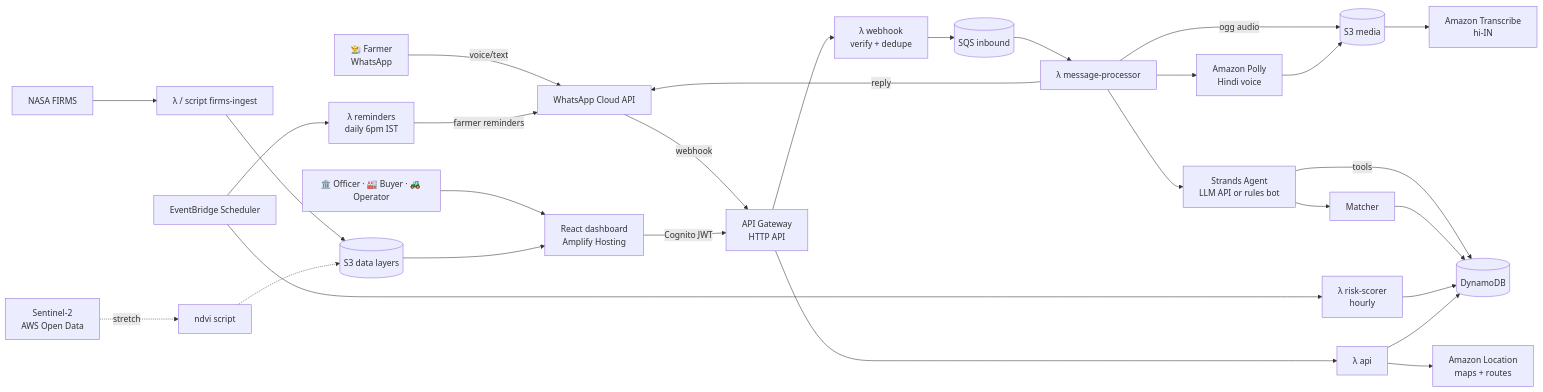
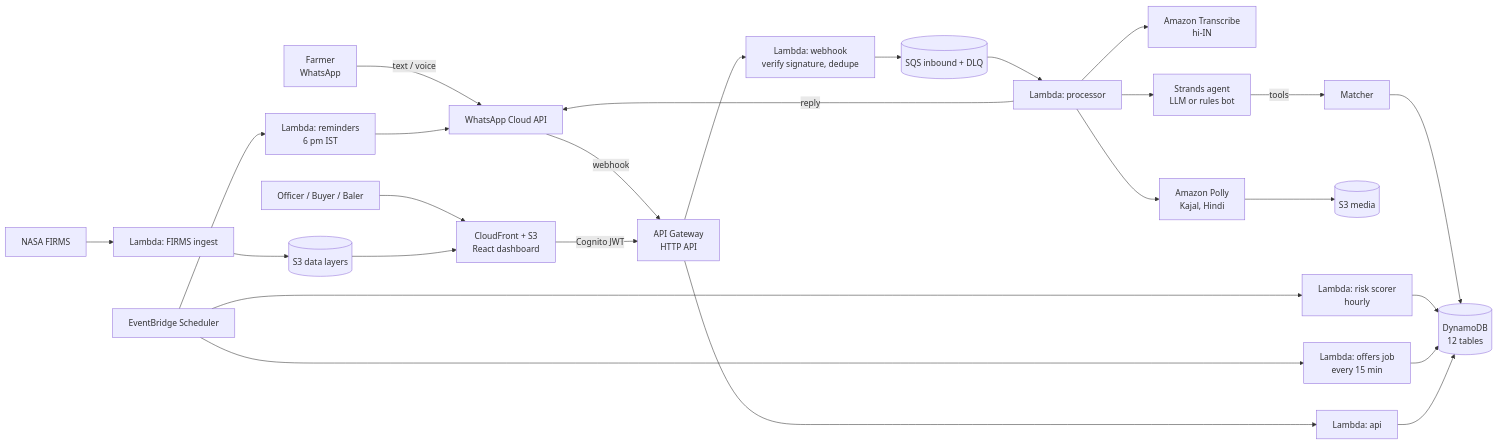
The diagram in README.md (sanskarjoshiii/clearsky), drawn with Mermaid before and after one commit. The commit also changed other lines of this file and 44 other files, not shown here.

````diff
--- a/README.md
+++ b/README.md
@@ -89,32 +131,30 @@
 ```mermaid
 flowchart LR
-  F[👨‍🌾 Farmer<br/>WhatsApp] -->|voice/text| WA[WhatsApp Cloud API]
+  F[Farmer<br/>WhatsApp] -->|text / voice| WA[WhatsApp Cloud API]
   WA -->|webhook| APIGW[API Gateway<br/>HTTP API]
-  APIGW --> WH[λ webhook<br/>verify + dedupe]
-  WH --> SQS[(SQS inbound)]
-  SQS --> PROC[λ message-processor]
-  PROC -->|ogg audio| S3A[(S3 media)]
-  S3A --> TR[Amazon Transcribe<br/>hi-IN]
-  PROC --> AG[Strands Agent<br/>LLM API or rules bot]
-  AG -->|tools| DDB[(DynamoDB)]
-  AG --> MT[Matcher]
-  MT --> DDB
-  PROC --> PL[Amazon Polly<br/>Hindi voice]
-  PL --> S3A
+  APIGW --> WH[Lambda: webhook<br/>verify signature, dedupe]
+  WH --> SQS[(SQS inbound + DLQ)]
+  SQS --> PROC[Lambda: processor]
+  PROC --> TR[Amazon Transcribe<br/>hi-IN]
+  PROC --> AG[Strands agent<br/>LLM or rules bot]
+  AG -->|tools| MT[Matcher]
+  MT --> DDB[(DynamoDB<br/>12 tables)]
+  PROC --> PL[Amazon Polly<br/>Kajal, Hindi]
+  PL --> S3M[(S3 media)]
   PROC -->|reply| WA
 
-  SCH[EventBridge Scheduler] --> RISK[λ risk-scorer<br/>hourly]
-  SCH --> REM[λ reminders<br/>daily 6pm IST]
+  SCH[EventBridge Scheduler] --> RISK[Lambda: risk scorer<br/>hourly]
+  SCH --> OFF[Lambda: offers job<br/>every 15 min]
+  SCH --> REM[Lambda: reminders<br/>6 pm IST]
   RISK --> DDB
-  REM -->|farmer reminders| WA
+  OFF --> DDB
+  REM --> WA
 
-  U[🏛️ Officer · 🏭 Buyer · 🚜 Operator] --> DASH
-  DASH[React dashboard<br/>Amplify Hosting] -->|Cognito JWT| APIGW
-  APIGW --> API[λ api]
+  U[Officer / Buyer / Baler] --> CF[CloudFront + S3<br/>React dashboard]
+  CF -->|Cognito JWT| APIGW
+  APIGW --> API[Lambda: api]
   API --> DDB
-  API --> LOC[Amazon Location<br/>maps + routes]
 
-  FIRMS[NASA FIRMS] --> ING[λ / script firms-ingest] --> S3D[(S3 data layers)]
-  S2[Sentinel-2<br/>AWS Open Data] -.stretch.-> NDVI[ndvi script] -.-> S3D
-  S3D --> DASH
+  FIRMS[NASA FIRMS] --> ING[Lambda: FIRMS ingest] --> S3D[(S3 data layers)]
+  S3D --> CF
 ```
````
